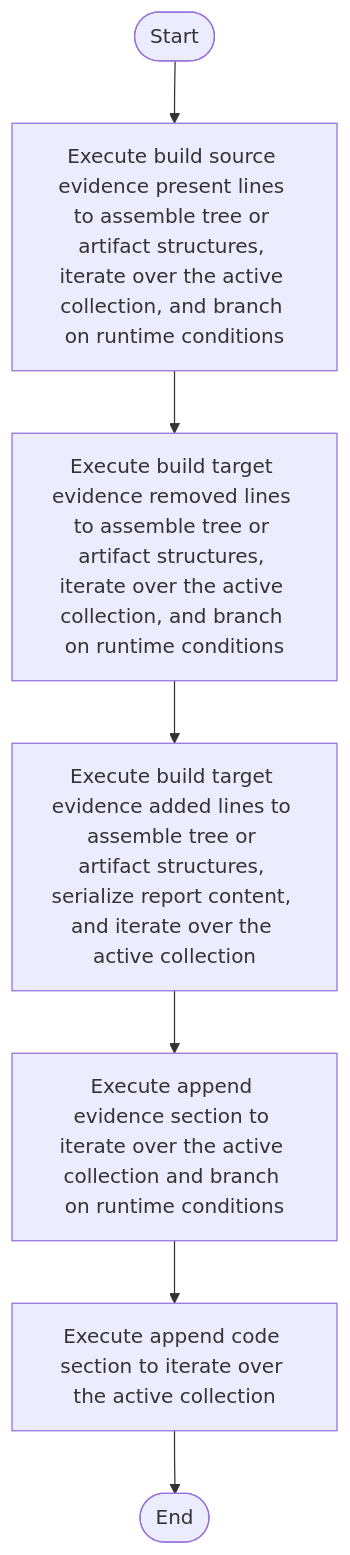
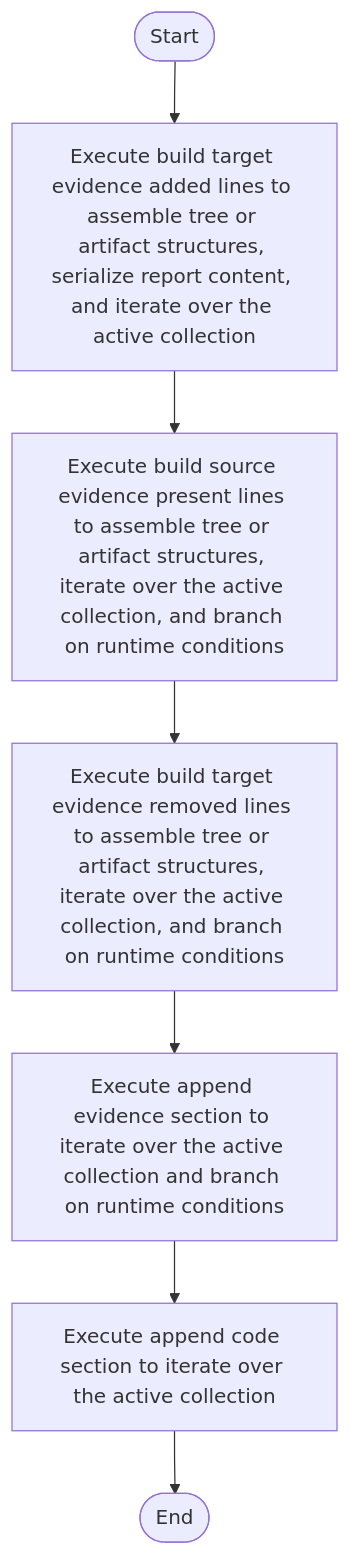
One commit to JohnAndrewBalbarosa/NeoTerritory changed the diagram in docs/Codebase/Microservice/Modules/Source/Creational/Transform/creational_transform_evidence_render.cpp.md. Above: the diagram before and after it, drawn with Mermaid. The commit also changed 148 other files, not shown here.

````diff
--- a/docs/Codebase/Microservice/Modules/Source/Creational/Transform/creational_transform_evidence_render.cpp.md
+++ b/docs/Codebase/Microservice/Modules/Source/Creational/Transform/creational_transform_evidence_render.cpp.md
@@ -26,16 +26,16 @@
 ```mermaid
 flowchart TD
     Start([Start])
-    N0[Execute build source evidence present lines to assemble tree or artifact structures, iterate over the active collection, and branch on runtime conditions]
-    N1[Execute build target evidence removed lines to assemble tree or artifact structures, iterate over the active collection, and branch on runtime conditions]
-    N2[Execute build target evidence added lines to assemble tree or artifact structures, serialize report content, and iterate over the active collection]
+    N0[Execute build target evidence added lines to assemble tree or artifact structures, serialize report content, and iterate over the active collection]
+    N1[Execute build source evidence present lines to assemble tree or artifact structures, iterate over the active collection, and branch on runtime conditions]
+    N2[Execute build target evidence removed lines to assemble tree or artifact structures, iterate over the active collection, and branch on runtime conditions]
     N3[Execute append evidence section to iterate over the active collection and branch on runtime conditions]
     N4[Execute append code section to iterate over the active collection]
     End([End])
     Start --> N0
     N0 --> N1
     N1 --> N2
     N2 --> N3
     N3 --> N4
     N4 --> End
 ```
````
